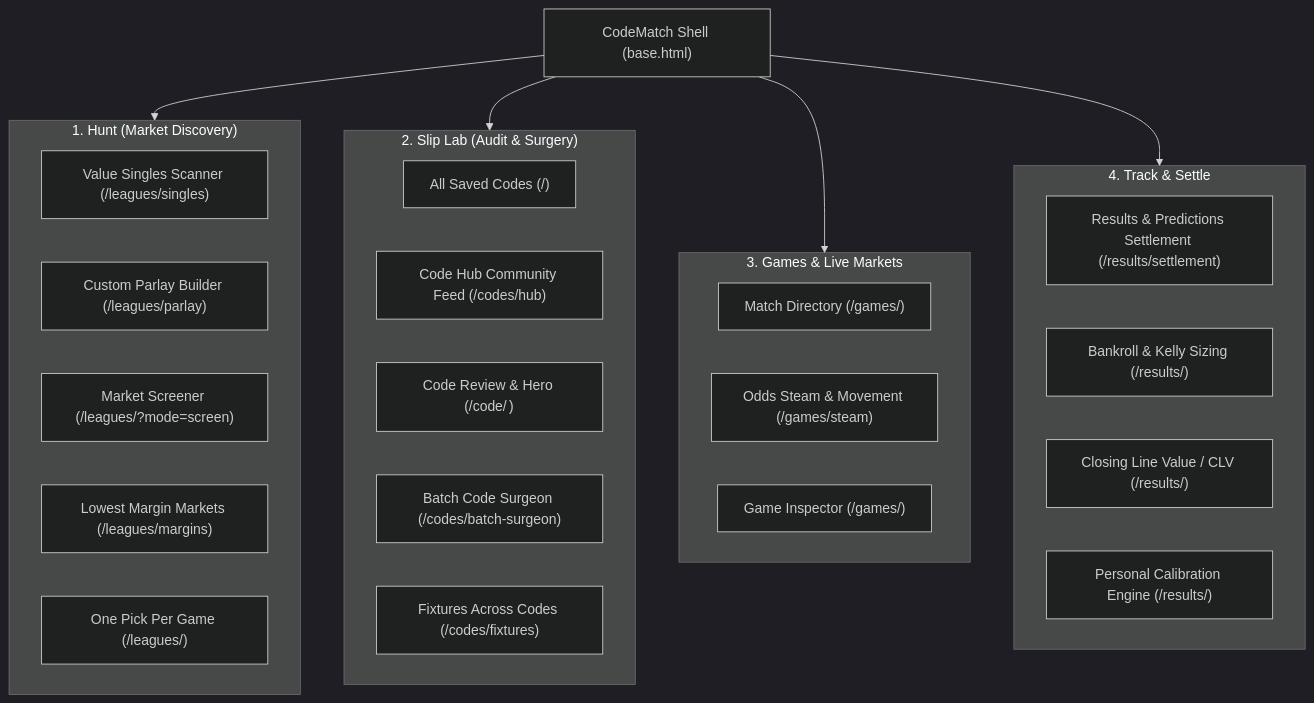
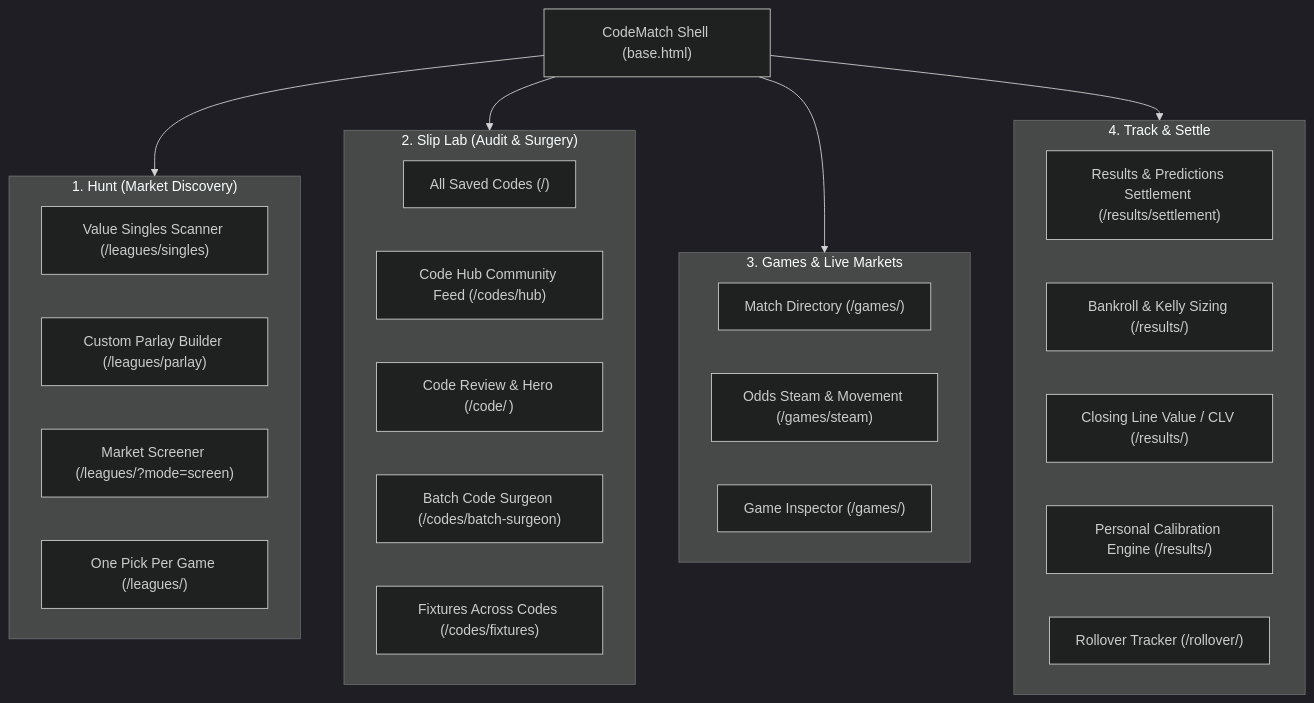
One commit to Edward-Oppong/codematch changed the second of 3 diagrams in DESIGN.md. Above: the diagram before and after it, drawn with Mermaid (dark theme). The commit also changed 9 other files, not shown here.

````diff
--- a/DESIGN.md
+++ b/DESIGN.md
@@ -25,38 +25,38 @@
 ```mermaid
 flowchart TD
     ROOT["CodeMatch Shell (base.html)"]
     
     subgraph HUNT ["1. Hunt (Market Discovery)"]
         H1["Value Singles Scanner (/leagues/singles)"]
         H2["Custom Parlay Builder (/leagues/parlay)"]
         H3["Market Screener (/leagues/?mode=screen)"]
-        H4["Lowest Margin Markets (/leagues/margins)"]
-        H5["One Pick Per Game (/leagues/)"]
+        H4["One Pick Per Game (/leagues/)"]
     end
 
     subgraph LAB ["2. Slip Lab (Audit & Surgery)"]
         L1["All Saved Codes (/)"]
         L2["Code Hub Community Feed (/codes/hub)"]
         L3["Code Review & Hero (/code/<CODE>)"]
         L4["Batch Code Surgeon (/codes/batch-surgeon)"]
         L5["Fixtures Across Codes (/codes/fixtures)"]
     end
 
     subgraph GAMES ["3. Games & Live Markets"]
         G1["Match Directory (/games/)"]
         G2["Odds Steam & Movement (/games/steam)"]
         G3["Game Inspector (/games/<event_id>)"]
     end
 
     subgraph TRACK ["4. Track & Settle"]
         T1["Results & Predictions Settlement (/results/settlement)"]
         T2["Bankroll & Kelly Sizing (/results/)"]
         T3["Closing Line Value / CLV (/results/)"]
         T4["Personal Calibration Engine (/results/)"]
+        T5["Rollover Tracker (/rollover/)"]
     end
 
     ROOT --> HUNT
     ROOT --> LAB
     ROOT --> GAMES
     ROOT --> TRACK
 ```
````
